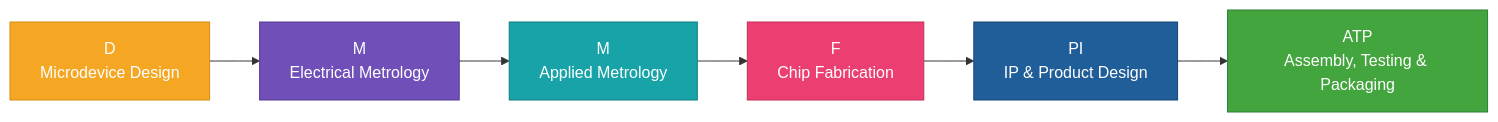
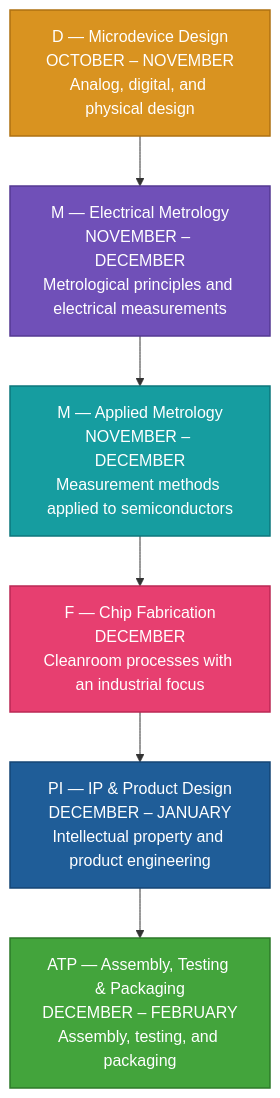
The first of 2 diagrams in README.md (CeicGitHub/CIDESI_BChips_2026), drawn with Mermaid before and after one commit. The commit also changed other lines of this file and 5 other files, not shown here.

````diff
--- a/README.md
+++ b/README.md
@@ -9,18 +55,25 @@
 ```mermaid
-flowchart LR
-    D["D<br/>Microdevice Design"]
-    ME["M<br/>Electrical Metrology"]
-    MA["M<br/>Applied Metrology"]
-    F["F<br/>Chip Fabrication"]
-    PI["PI<br/>IP & Product Design"]
-    ATP["ATP<br/>Assembly, Testing & Packaging"]
+flowchart TB
+    D["D — Microdevice Design<br/>OCTOBER – NOVEMBER<br/>Analog, digital, and physical design"]
+    ME["M — Electrical Metrology<br/>NOVEMBER – DECEMBER<br/>Metrological principles and electrical measurements"]
+    MA["M — Applied Metrology<br/>NOVEMBER – DECEMBER<br/>Measurement methods applied to semiconductors"]
+    F["F — Chip Fabrication<br/>DECEMBER<br/>Cleanroom processes with an industrial focus"]
+    PI["PI — IP & Product Design<br/>DECEMBER – JANUARY<br/>Intellectual property and product engineering"]
+    ATP["ATP — Assembly, Testing & Packaging<br/>DECEMBER – FEBRUARY<br/>Assembly, testing, and packaging"]
 
     D --> ME --> MA --> F --> PI --> ATP
 
-    style D fill:#F5A623,color:#fff,stroke:#D68C16
-    style ME fill:#7050B8,color:#fff,stroke:#573894
-    style MA fill:#17A3A7,color:#fff,stroke:#107E82
-    style F fill:#EB3F72,color:#fff,stroke:#C52F5B
-    style PI fill:#205E99,color:#fff,stroke:#164675
-    style ATP fill:#43A53D,color:#fff,stroke:#2E7D32
+    classDef design fill:#D99320,color:#ffffff,stroke:#AF7112,stroke-width:1.5px;
+    classDef electrical fill:#7050B8,color:#ffffff,stroke:#543993,stroke-width:1.5px;
+    classDef applied fill:#169DA0,color:#ffffff,stroke:#0D777C,stroke-width:1.5px;
+    classDef fabrication fill:#E73F70,color:#ffffff,stroke:#BB2854,stroke-width:1.5px;
+    classDef product fill:#1F5D98,color:#ffffff,stroke:#144575,stroke-width:1.5px;
+    classDef packaging fill:#43A43C,color:#ffffff,stroke:#2C7A29,stroke-width:1.5px;
+
+    class D design;
+    class ME electrical;
+    class MA applied;
+    class F fabrication;
+    class PI product;
+    class ATP packaging;
 ```
````
